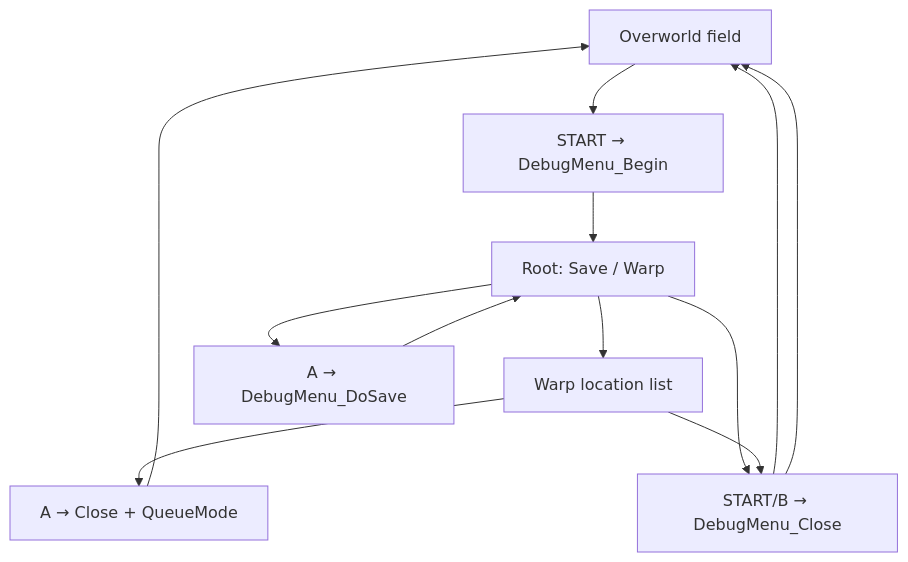
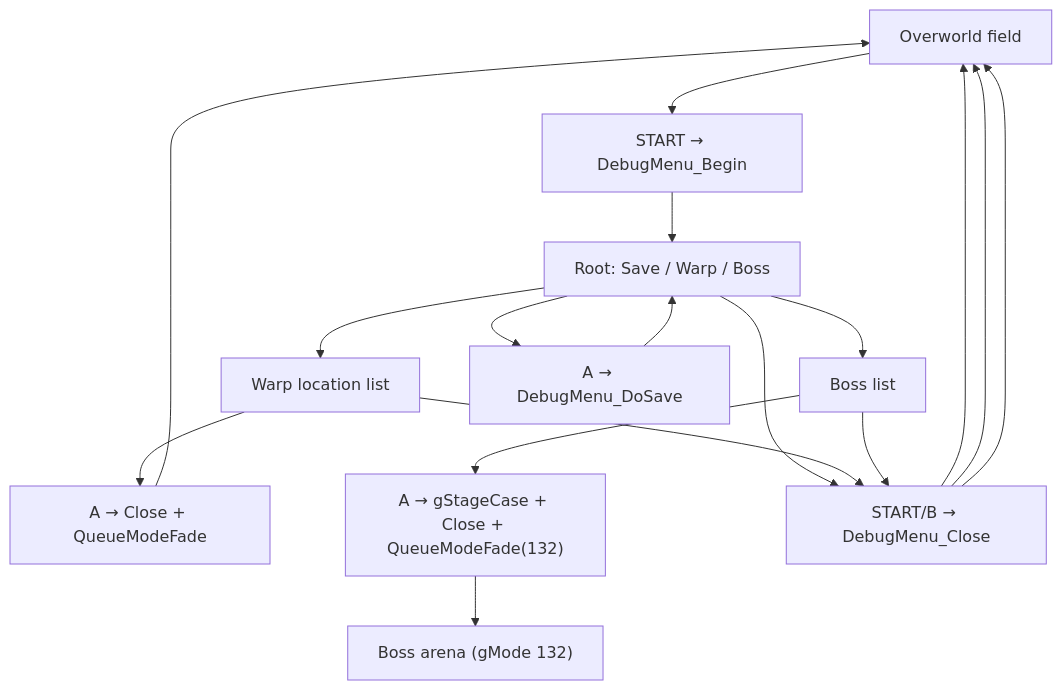
One commit to JesterWizard/sigma_star_saga changed the diagram in documentation/debug-menu.md. Above: the diagram before and after it, drawn with Mermaid. The commit also changed other lines of this file and 9 other files, not shown here.

First line of the commit message:
Enhance debug menu with boss fight functionality and related updates

````diff
--- a/documentation/debug-menu.md
+++ b/documentation/debug-menu.md
@@ -44,16 +46,21 @@
 ```mermaid
 flowchart TD
   field["Overworld field"]
   open["START → DebugMenu_Begin"]
-  root["Root: Save / Warp"]
+  root["Root: Save / Warp / Boss"]
   warp["Warp location list"]
+  boss["Boss list"]
   save["A → DebugMenu_DoSave"]
-  go["A → Close + QueueMode"]
+  goWarp["A → Close + QueueModeFade"]
+  goBoss["A → gStageCase + Close + QueueModeFade(132)"]
   close["START/B → DebugMenu_Close"]
   field --> open --> root
   root --> save --> root
   root --> warp
-  warp --> go --> field
+  root --> boss
+  warp --> goWarp --> field
+  boss --> goBoss --> fight["Boss arena (gMode 132)"]
   root --> close --> field
   warp --> close --> field
+  boss --> close --> field
 ```
````
